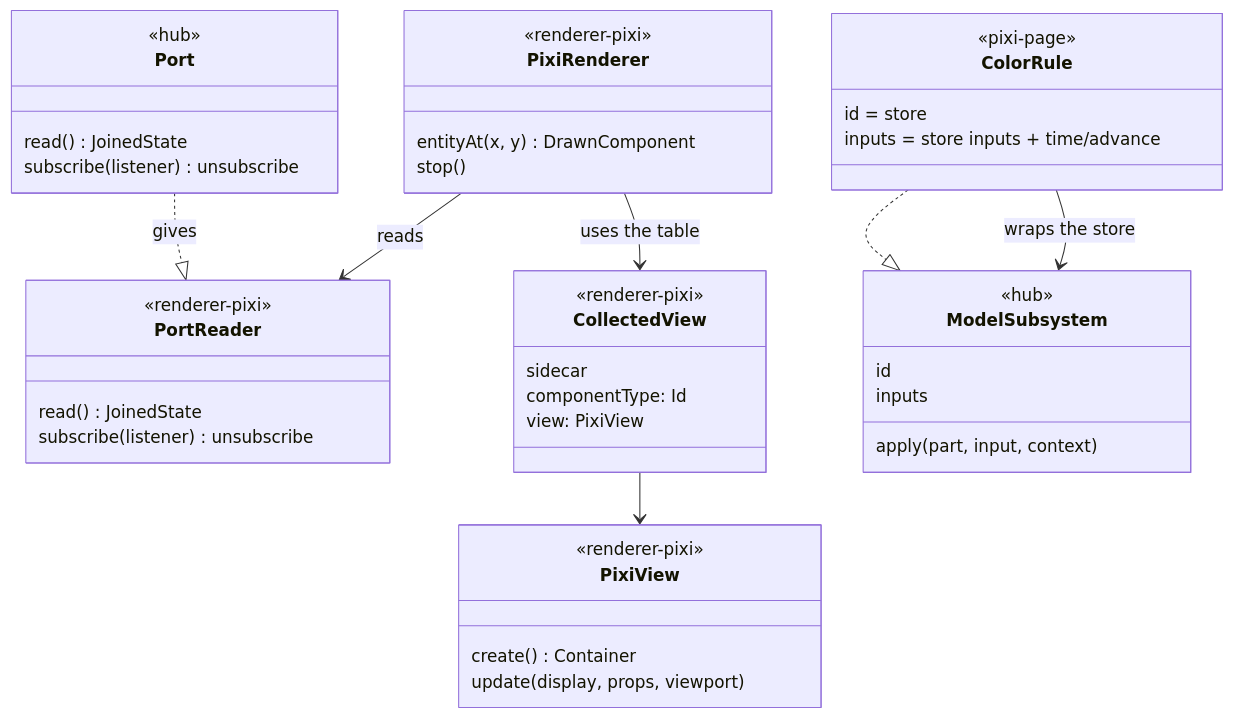
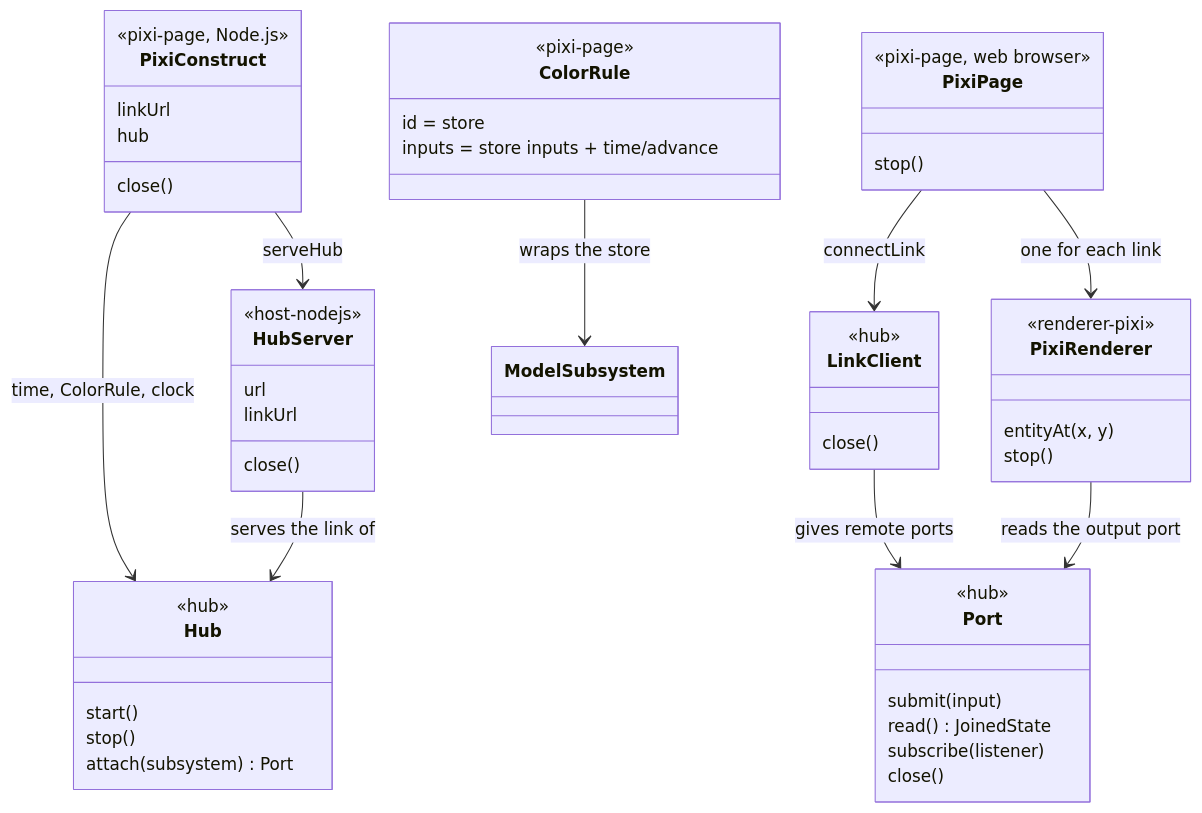
Before and after one commit to twin-digital/opus: the first of 4 diagrams in openspec/changes/540-add-pixi-renderer/design.md, drawn with Mermaid. The commit also changed other lines of this file and 7 other files, not shown here.

Commit message:
docs(wishem): plan the PixiJS page again with the hub in a Node.js process

````diff
--- a/openspec/changes/540-add-pixi-renderer/design.md
+++ b/openspec/changes/540-add-pixi-renderer/design.md
@@ -257,46 +461,54 @@
 ```mermaid
 classDiagram
+  class Hub {
+    <<hub>>
+    start()
+    stop()
+    attach(subsystem) Port
+  }
   class Port {
     <<hub>>
+    submit(input)
     read() JoinedState
-    subscribe(listener) unsubscribe
+    subscribe(listener)
+    close()
   }
-  class PortReader {
-    <<renderer-pixi>>
-    read() JoinedState
-    subscribe(listener) unsubscribe
+  class HubServer {
+    <<host-nodejs>>
+    url
+    linkUrl
+    close()
   }
-  class PixiView {
-    <<renderer-pixi>>
-    create() Container
-    update(display, props, viewport)
-  }
-  class CollectedView {
-    <<renderer-pixi>>
-    sidecar
-    componentType: Id
-    view: PixiView
-  }
-  class PixiRenderer {
-    <<renderer-pixi>>
-    entityAt(x, y) DrawnComponent
-    stop()
-  }
-  class ModelSubsystem {
+  class LinkClient {
     <<hub>>
-    id
-    inputs
-    apply(part, input, context)
+    close()
   }
   class ColorRule {
     <<pixi-page>>
     id = store
     inputs = store inputs + time/advance
   }
-  Port ..|> PortReader : gives
-  CollectedView --> PixiView
-  PixiRenderer --> PortReader : reads
-  PixiRenderer --> CollectedView : uses the table
-  ColorRule ..|> ModelSubsystem
+  class PixiConstruct {
+    <<pixi-page, Node.js>>
+    linkUrl
+    hub
+    close()
+  }
+  class PixiPage {
+    <<pixi-page, web browser>>
+    stop()
+  }
+  class PixiRenderer {
+    <<renderer-pixi>>
+    entityAt(x, y)
+    stop()
+  }
+  HubServer --> Hub : serves the link of
+  PixiConstruct --> Hub : time, ColorRule, clock
+  PixiConstruct --> HubServer : serveHub
   ColorRule --> ModelSubsystem : wraps the store
+  PixiPage --> LinkClient : connectLink
+  LinkClient --> Port : gives remote ports
+  PixiPage --> PixiRenderer : one for each link
+  PixiRenderer --> Port : reads the output port
 ```
````
